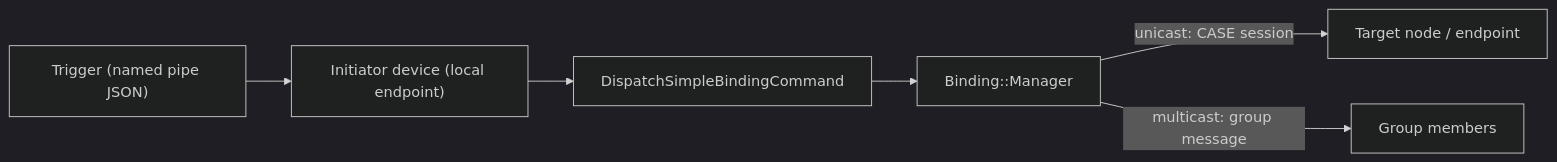
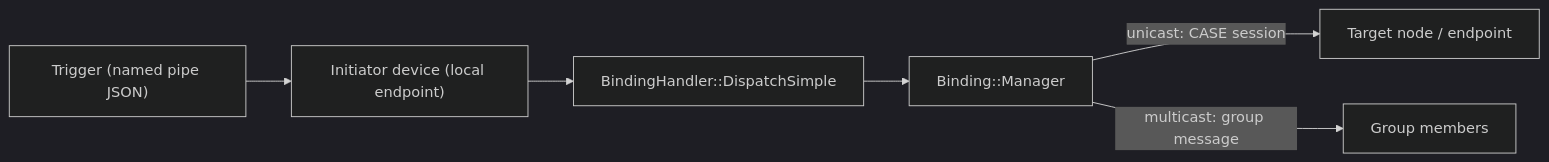
Before and after one commit to project-chip/connectedhomeip: the diagram in examples/all-devices-app/all-devices-common/binding-handler/TESTING.md, drawn with Mermaid (dark theme). The commit also changed other lines of this file and 20 other files, not shown here.

````diff
--- a/examples/all-devices-app/all-devices-common/binding-handler/TESTING.md
+++ b/examples/all-devices-app/all-devices-common/binding-handler/TESTING.md
@@ -20,8 +20,8 @@
 ```mermaid
 flowchart LR
     T["Trigger (named pipe JSON)"] --> D["Initiator device (local endpoint)"]
-    D --> H["DispatchSimpleBindingCommand"]
+    D --> H["BindingHandler::DispatchSimple"]
     H --> M["Binding::Manager"]
     M -->|"unicast: CASE session"| R["Target node / endpoint"]
     M -->|"multicast: group message"| G["Group members"]
 ```
````
